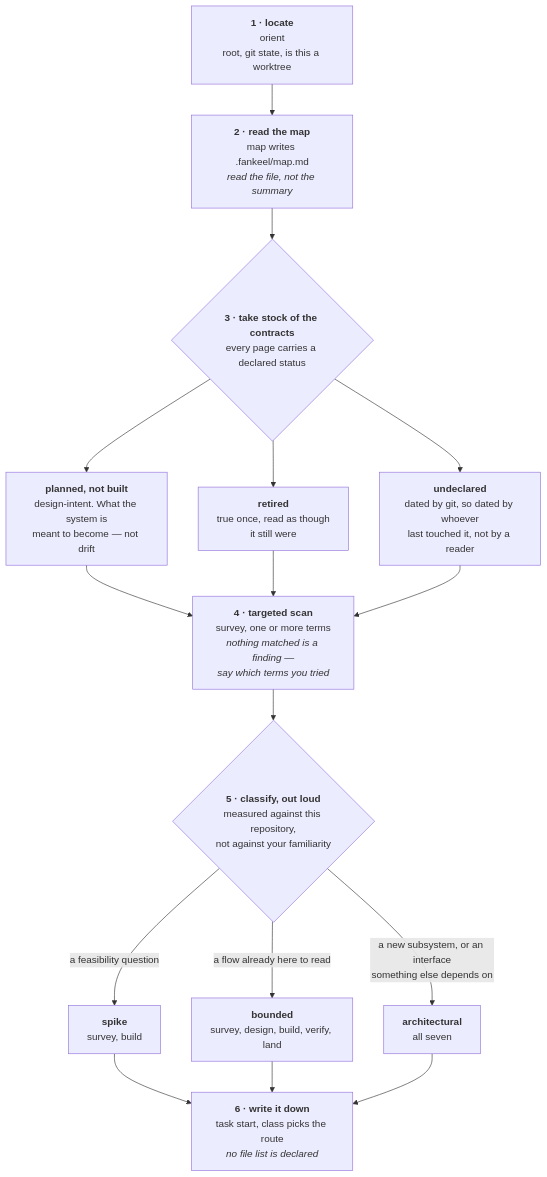
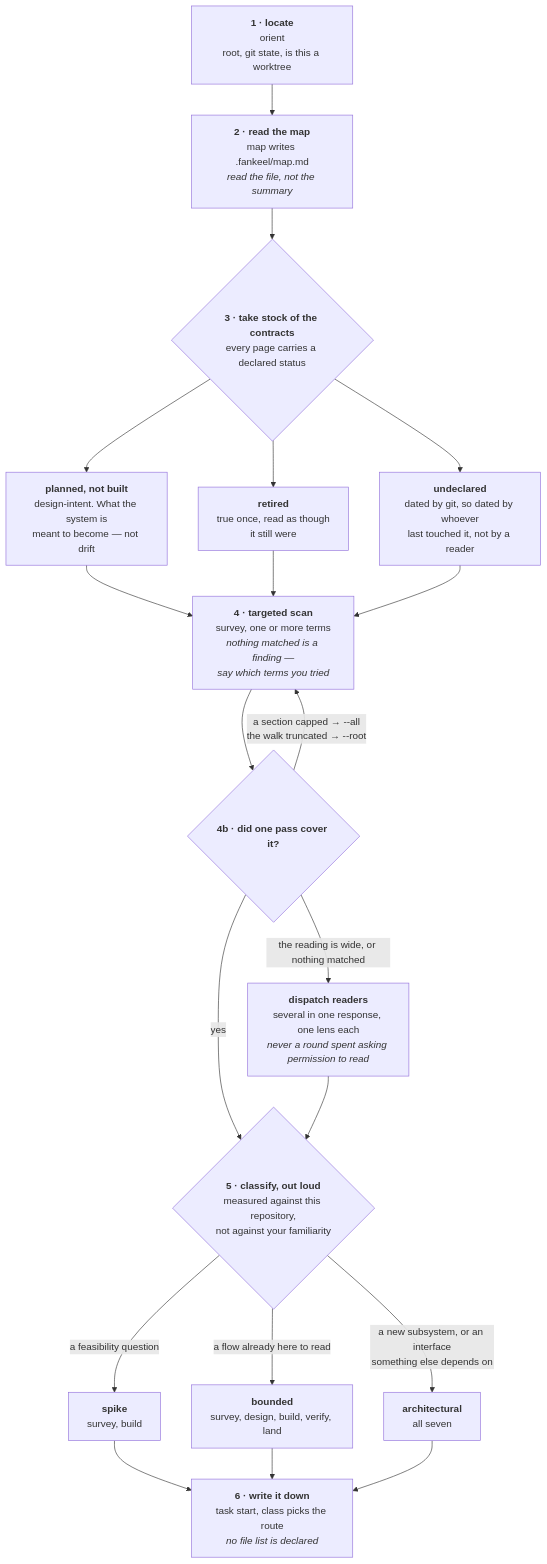
Before and after one commit to FanFantom9452/FanKeel: the first of 8 diagrams in docs/pipeline.md, drawn with Mermaid. The commit also changed 2 other files, not shown here.

Commit message:
feat: verify's two halves, and survey's short-scan branch

````diff
--- a/docs/pipeline.md
+++ b/docs/pipeline.md
@@ -294,30 +294,36 @@
 ```mermaid
 flowchart TD
     A["<b>1 · locate</b><br/>orient<br/>root, git state, is this a worktree"]
     B["<b>2 · read the map</b><br/>map writes .fankeel/map.md<br/><i>read the file, not the summary</i>"]
     C{"<b>3 · take stock of the contracts</b><br/>every page carries a declared status"}
     C1["<b>planned, not built</b><br/>design-intent. What the system is<br/>meant to become — not drift"]
     C2["<b>retired</b><br/>true once, read as though<br/>it still were"]
     C3["<b>undeclared</b><br/>dated by git, so dated by whoever<br/>last touched it, not by a reader"]
     D["<b>4 · targeted scan</b><br/>survey, one or more terms<br/><i>nothing matched is a finding —<br/>say which terms you tried</i>"]
+    D2{"<b>4b · did one pass cover it?</b>"}
+    D3["<b>dispatch readers</b><br/>several in one response, one lens each<br/><i>never a round spent asking permission to read</i>"]
     E{"<b>5 · classify, out loud</b><br/>measured against this repository,<br/>not against your familiarity"}
     E1["<b>spike</b><br/>survey, build"]
     E2["<b>bounded</b><br/>survey, design, build, verify, land"]
     E3["<b>architectural</b><br/>all seven"]
     F["<b>6 · write it down</b><br/>task start, class picks the route<br/><i>no file list is declared</i>"]
 
     A --> B --> C
     C --> C1
     C --> C2
     C --> C3
     C1 --> D
     C2 --> D
     C3 --> D
-    D --> E
+    D --> D2
+    D2 -- "a section capped → --all<br/>the walk truncated → --root" --> D
+    D2 -- "the reading is wide, or nothing matched" --> D3
+    D2 -- yes --> E
+    D3 --> E
     E -- "a feasibility question" --> E1
     E -- "a flow already here to read" --> E2
     E -- "a new subsystem, or an interface<br/>something else depends on" --> E3
     E1 --> F
     E2 --> F
     E3 --> F
 ```
````
